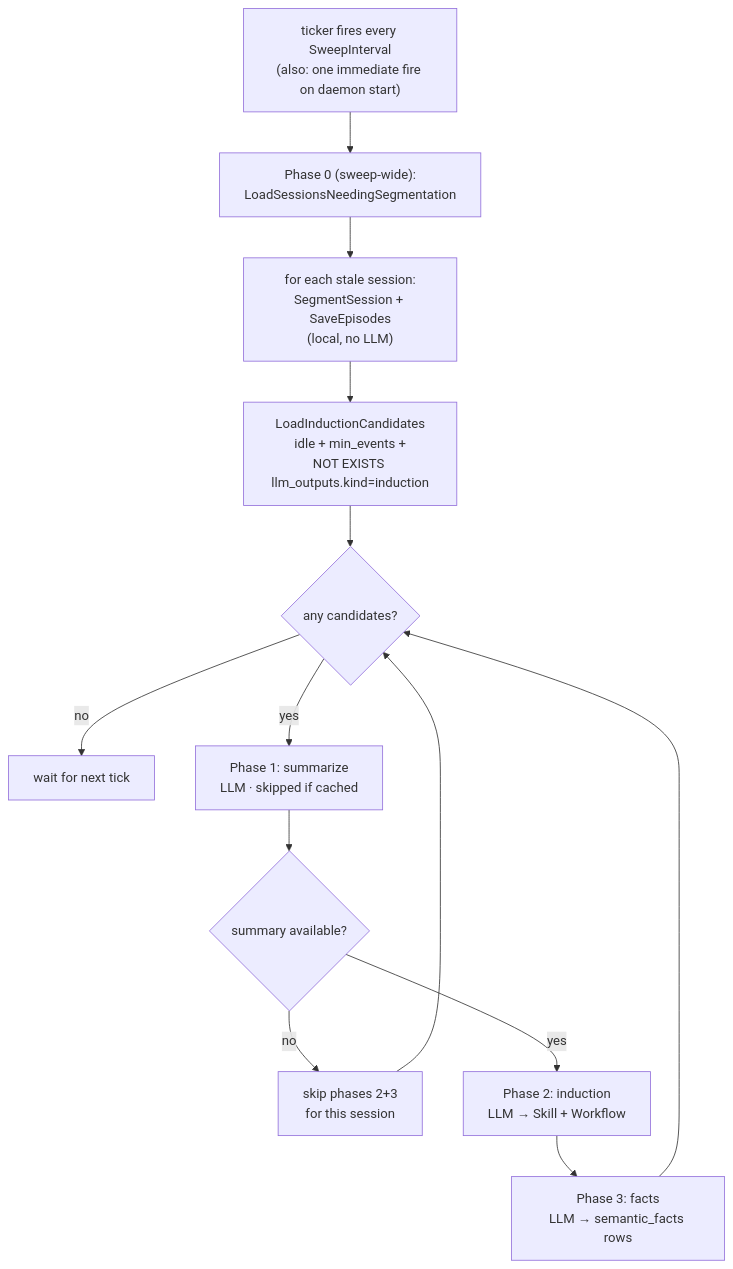
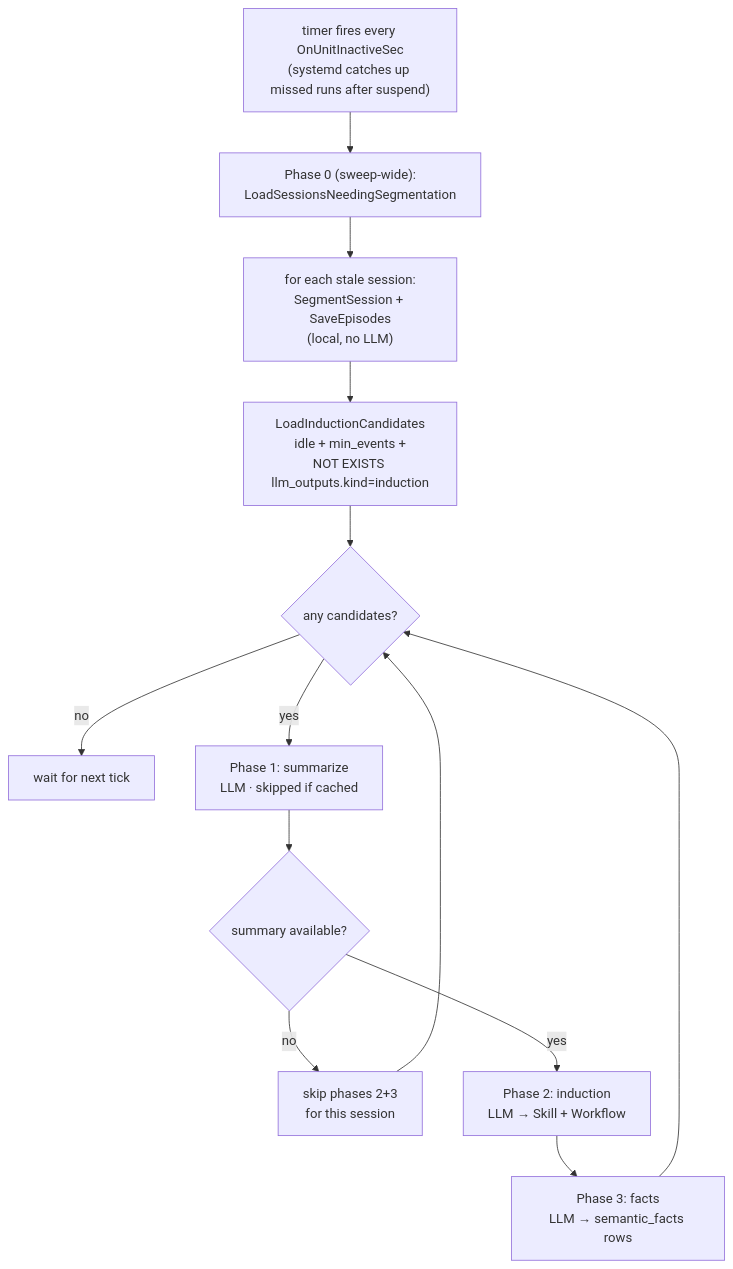
The third of 5 diagrams in docs/explanation/data-flow.md (toabctl/aichronicles), drawn with Mermaid before and after one commit. The commit also changed other lines of this file and 1 other file, not shown here.

````diff
--- a/docs/explanation/data-flow.md
+++ b/docs/explanation/data-flow.md
@@ -227,15 +231,15 @@
 ```mermaid
 flowchart TB
-    Tick["ticker fires every SweepInterval<br/>(also: one immediate fire on daemon start)"] --> P0
+    Tick["timer fires every OnUnitInactiveSec<br/>(systemd catches up missed runs after suspend)"] --> P0
     P0["Phase 0 (sweep-wide):<br/>LoadSessionsNeedingSegmentation"] --> P0Loop
     P0Loop["for each stale session:<br/>SegmentSession + SaveEpisodes<br/>(local, no LLM)"] --> CL
     CL[LoadInductionCandidates<br/>idle + min_events +<br/>NOT EXISTS llm_outputs.kind=induction] --> Loop{any candidates?}
     Loop -- no --> Done[wait for next tick]
     Loop -- yes --> P1
     P1[Phase 1: summarize<br/>LLM · skipped if cached] --> P1OK{summary available?}
     P1OK -- no --> NextSkip[skip phases 2+3<br/>for this session]
     NextSkip --> Loop
     P1OK -- yes --> P2
     P2[Phase 2: induction<br/>LLM → Skill + Workflow] --> P3
     P3[Phase 3: facts<br/>LLM → semantic_facts rows] --> Loop
 ```
````
